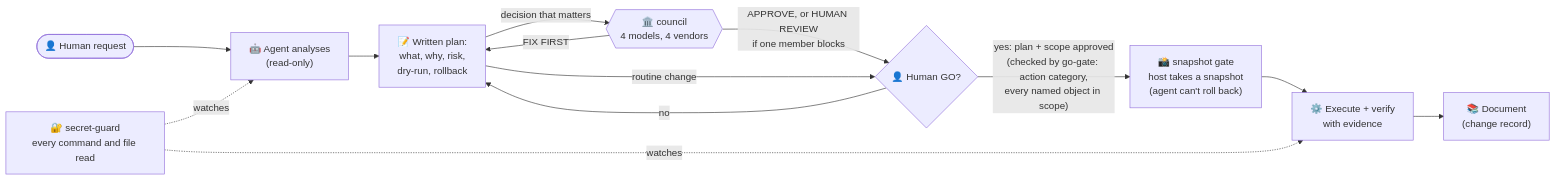
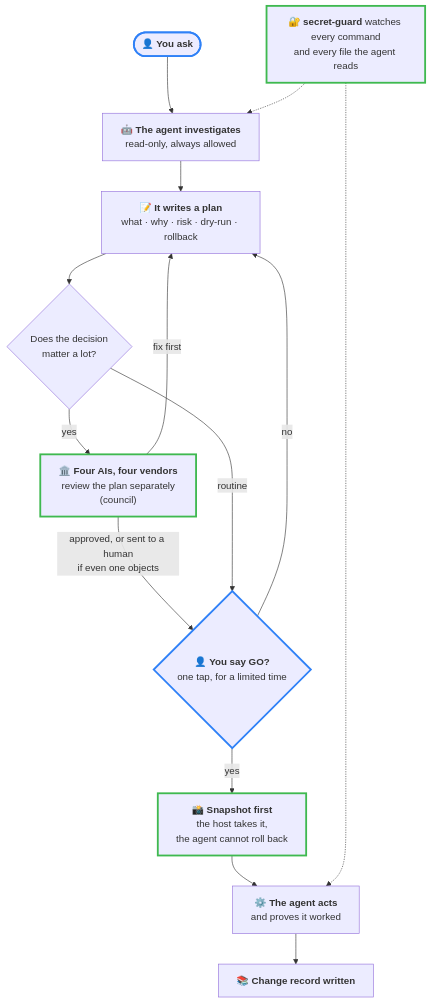
One commit to renocz/agent-ops-guardrails changed the first of 2 diagrams in README.md. Above: the diagram before and after it, drawn with Mermaid. The commit also changed other lines of this file, not shown here.

First line of the commit message:
README: vertical, colour-coded diagrams (method and keeper)

````diff
--- a/README.md
+++ b/README.md
@@ -15,15 +15,18 @@
 ```mermaid
-flowchart LR
-    H(["👤 Human request"]) --> A["🤖 Agent analyses<br/>(read-only)"]
-    A --> P["📝 Written plan:<br/>what, why, risk,<br/>dry-run, rollback"]
-    P -->|"decision that matters"| C{{"🏛️ council<br/>4 models, 4 vendors"}}
-    C -->|"FIX FIRST"| P
-    C -->|"APPROVE, or HUMAN REVIEW<br/>if one member blocks"| G{"👤 Human GO?"}
-    P -->|"routine change"| G
+flowchart TB
+    H(["👤 <b>You ask</b>"]):::human --> A["🤖 <b>The agent investigates</b><br/>read-only, always allowed"]
+    A --> P["📝 <b>It writes a plan</b><br/>what · why · risk · dry-run · rollback"]
+    P --> Q{"Does the decision<br/>matter a lot?"}
+    Q -->|"yes"| C["🏛️ <b>Four AIs, four vendors</b><br/>review the plan separately<br/>(council)"]:::guard
+    C -->|"fix first"| P
+    C -->|"approved, or sent to a human<br/>if even one objects"| G
+    Q -->|"routine"| G{"👤 <b>You say GO?</b><br/>one tap, for a limited time"}:::human
     G -->|"no"| P
-    G -->|"yes: plan + scope approved<br/>(checked by go-gate: action category,<br/>every named object in scope)"| S["📸 snapshot gate<br/>host takes a snapshot<br/>(agent can't roll back)"]
-    S --> E["⚙️ Execute + verify<br/>with evidence"]
-    E --> D["📚 Document<br/>(change record)"]
-    SG["🔐 secret-guard<br/>every command and file read"] -.->|"watches"| A
-    SG -.->|"watches"| E
+    G -->|"yes"| S["📸 <b>Snapshot first</b><br/>the host takes it,<br/>the agent cannot roll back"]:::guard
+    S --> E["⚙️ <b>The agent acts</b><br/>and proves it worked"]
+    E --> D["📚 <b>Change record written</b>"]
+    SG["🔐 <b>secret-guard</b> watches every command<br/>and every file the agent reads"]:::guard -.-> A
+    SG -.-> E
+    classDef human stroke:#2f81f7,stroke-width:3px
+    classDef guard stroke:#3fb950,stroke-width:3px
 ```
````
